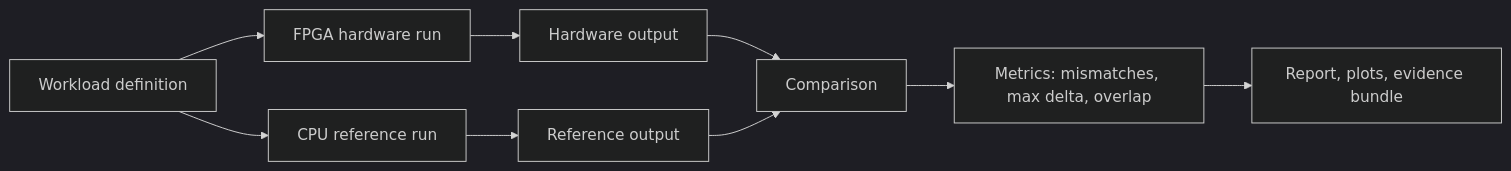
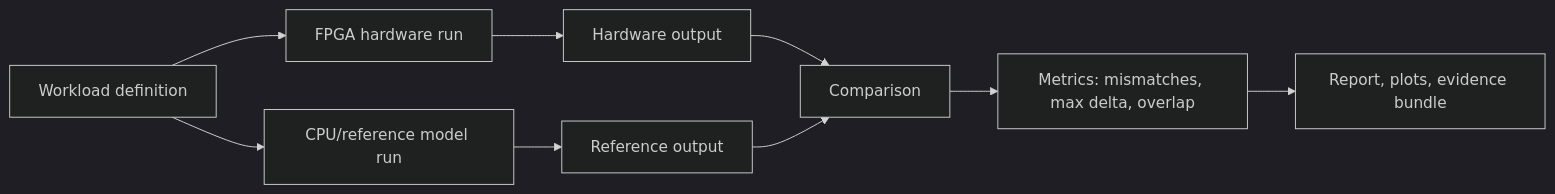
One commit to Martin123132/FLX1.0 changed the first of 2 diagrams in README.md. Above: the diagram before and after it, drawn with Mermaid (dark theme). The commit also changed other lines of this file and 672 other files, not shown here.

````diff
--- a/README.md
+++ b/README.md
@@ -62,11 +83,11 @@
 ```mermaid
 flowchart LR
     A["Workload definition"] --> B["FPGA hardware run"]
-    A --> C["CPU reference run"]
+    A --> C["CPU/reference model run"]
     B --> D["Hardware output"]
     C --> E["Reference output"]
     D --> F["Comparison"]
     E --> F
     F --> G["Metrics: mismatches, max delta, overlap"]
     G --> H["Report, plots, evidence bundle"]
 ```
````
